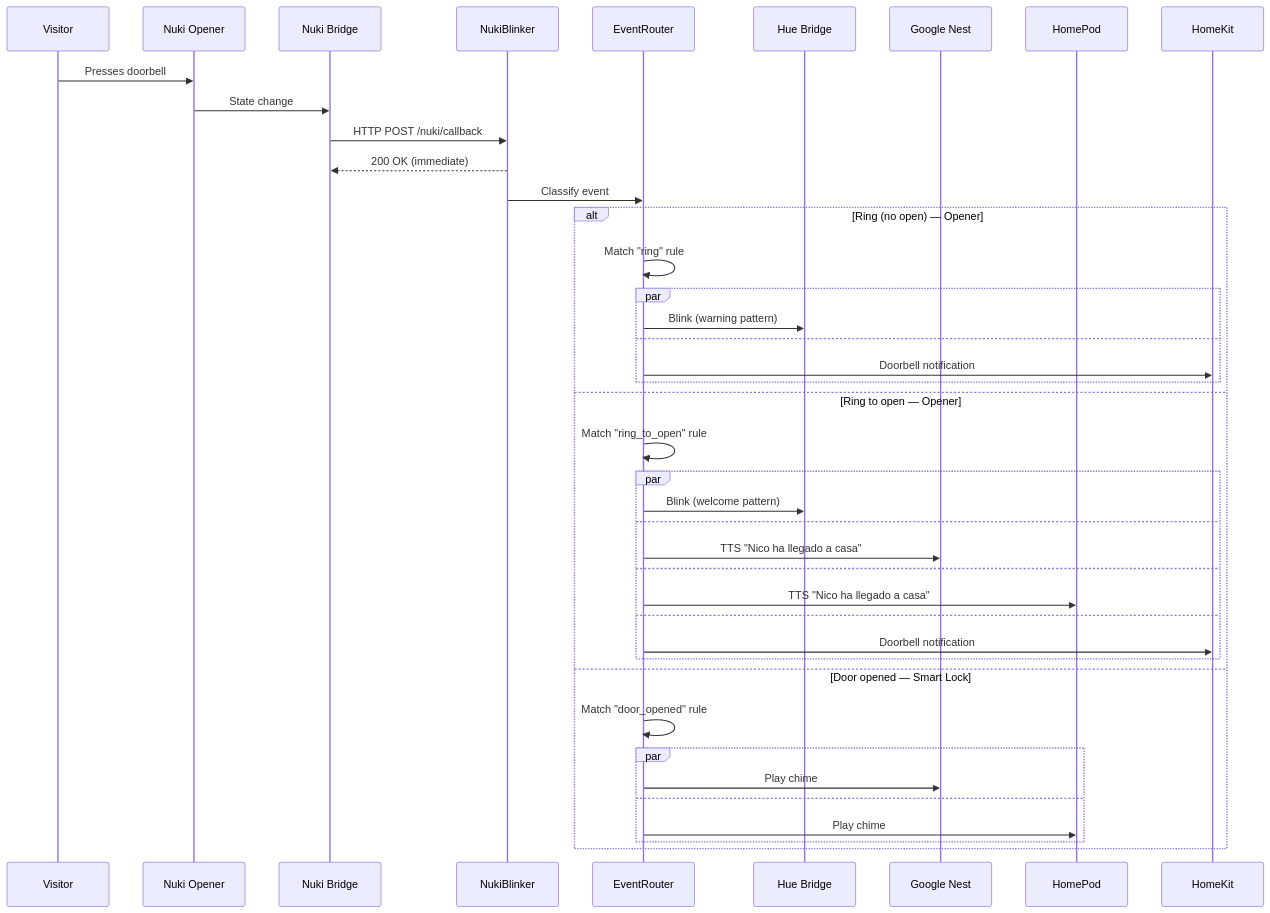
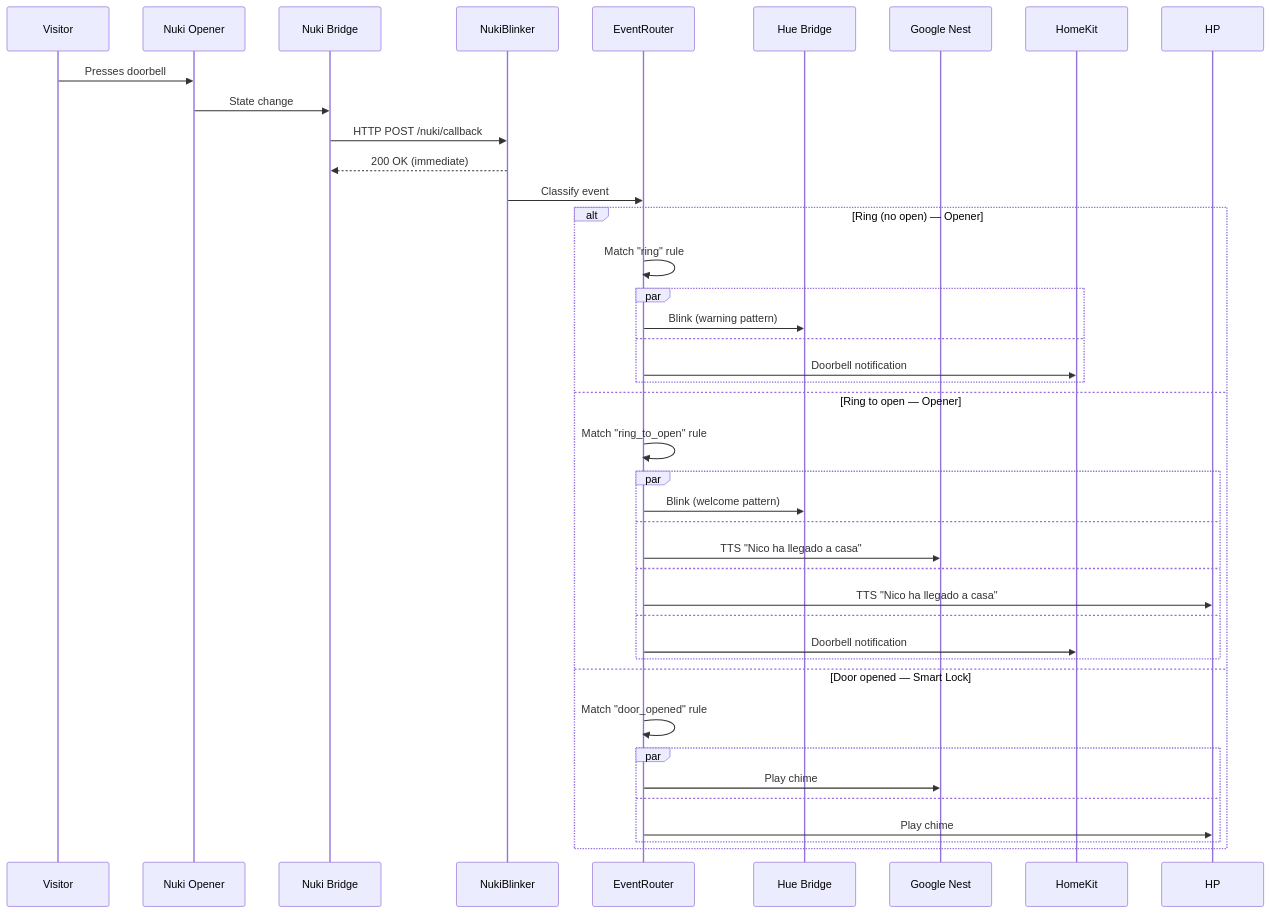
The first of 5 diagrams in specs/tech-spec.md (nicdobler/NukiBlinker), drawn with Mermaid before and after one commit. The commit also changed other lines of this file and 23 other files, not shown here.

First line of the commit message:
chore(#106): remove AirPlay/HomePod integration (#107)

````diff
--- a/specs/tech-spec.md
+++ b/specs/tech-spec.md
@@ -74,47 +72,46 @@
 ```mermaid
 sequenceDiagram
     participant V as Visitor
     participant NO as Nuki Opener
     participant NB as Nuki Bridge
     participant NK as NukiBlinker
     participant ER as EventRouter
     participant HB as Hue Bridge
     participant GN as Google Nest
-    participant HP as HomePod
     participant HK as HomeKit
 
     V->>NO: Presses doorbell
     NO->>NB: State change
     NB->>NK: HTTP POST /nuki/callback
     NK-->>NB: 200 OK (immediate)
     NK->>ER: Classify event
 
     alt Ring (no open) — Opener
         ER->>ER: Match "ring" rule
         par
             ER->>HB: Blink (warning pattern)
         and
             ER->>HK: Doorbell notification
         end
 
     else Ring to open — Opener
         ER->>ER: Match "ring_to_open" rule
         par
             ER->>HB: Blink (welcome pattern)
         and
             ER->>GN: TTS "Nico ha llegado a casa"
         and
             ER->>HP: TTS "Nico ha llegado a casa"
         and
             ER->>HK: Doorbell notification
         end
 
     else Door opened — Smart Lock
         ER->>ER: Match "door_opened" rule
         par
             ER->>GN: Play chime
         and
             ER->>HP: Play chime
         end
     end
 ```
````
